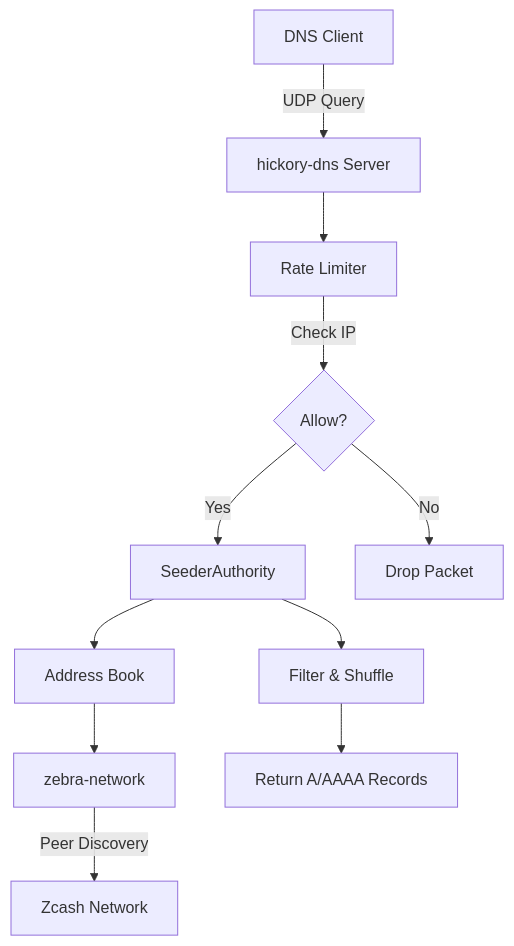
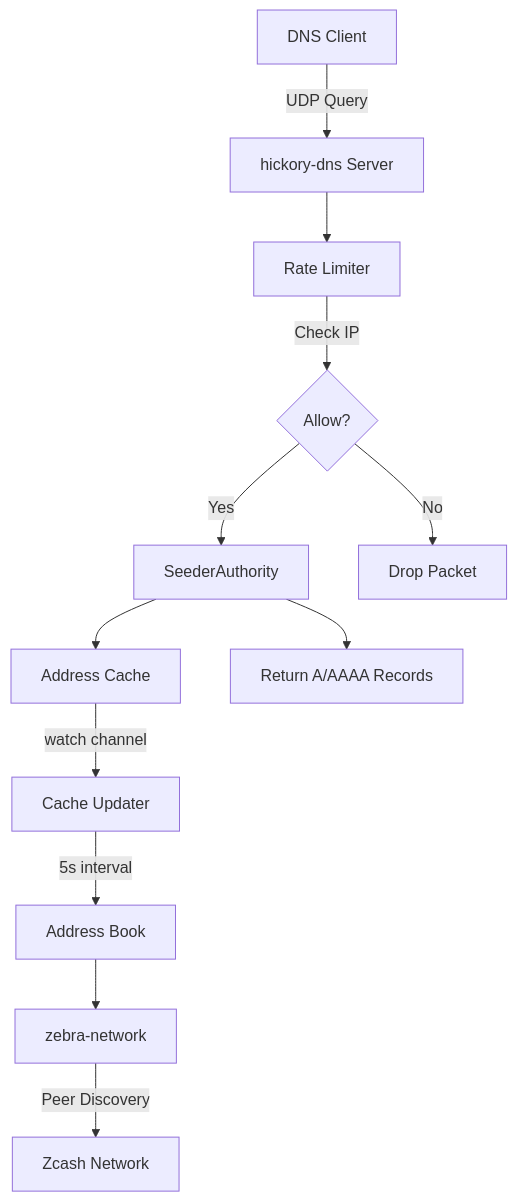
Before and after one commit to ZcashFoundation/dnsseederNG: the first of 4 diagrams in docs/architecture.md, drawn with Mermaid. The commit also changed other lines of this file and 1 other file, not shown here.

Commit message:
docs: update docs to reflect the new lock-free address cache

````diff
--- a/docs/architecture.md
+++ b/docs/architecture.md
@@ -7,13 +7,14 @@
 ```mermaid
 graph TD
     A[DNS Client] -->|UDP Query| B[hickory-dns Server]
     B --> C[Rate Limiter]
     C -->|Check IP| D{Allow?}
     D -->|Yes| E[SeederAuthority]
     D -->|No| F[Drop Packet]
-    E --> G[Address Book]
-    G --> H[zebra-network]
-    H -->|Peer Discovery| I[Zcash Network]
-    E --> J[Filter & Shuffle]
-    J --> K[Return A/AAAA Records]
+    E --> G[Address Cache]
+    G -->|watch channel| H[Cache Updater]
+    H -->|5s interval| I[Address Book]
+    I --> J[zebra-network]
+    J -->|Peer Discovery| K[Zcash Network]
+    E --> L[Return A/AAAA Records]
 ```
````
